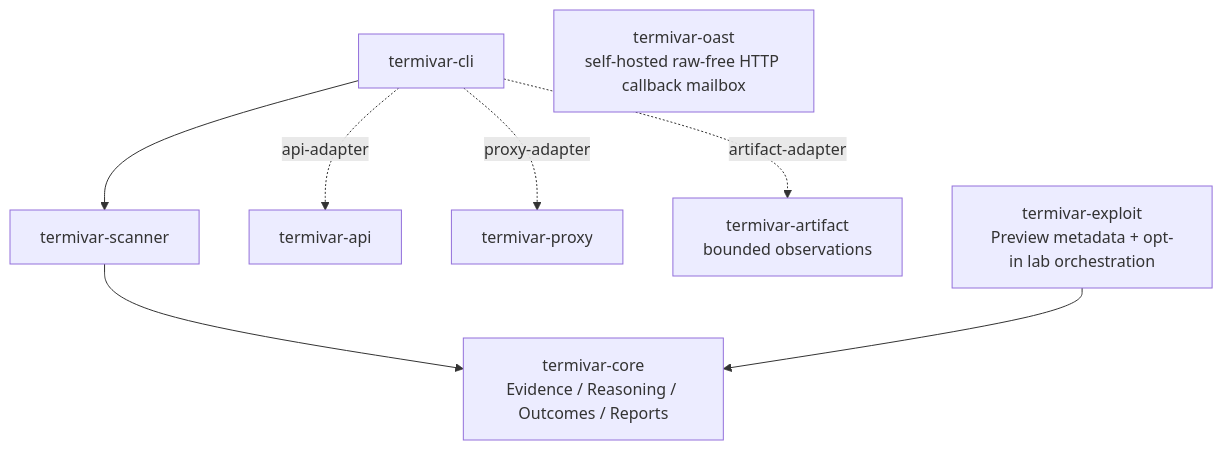
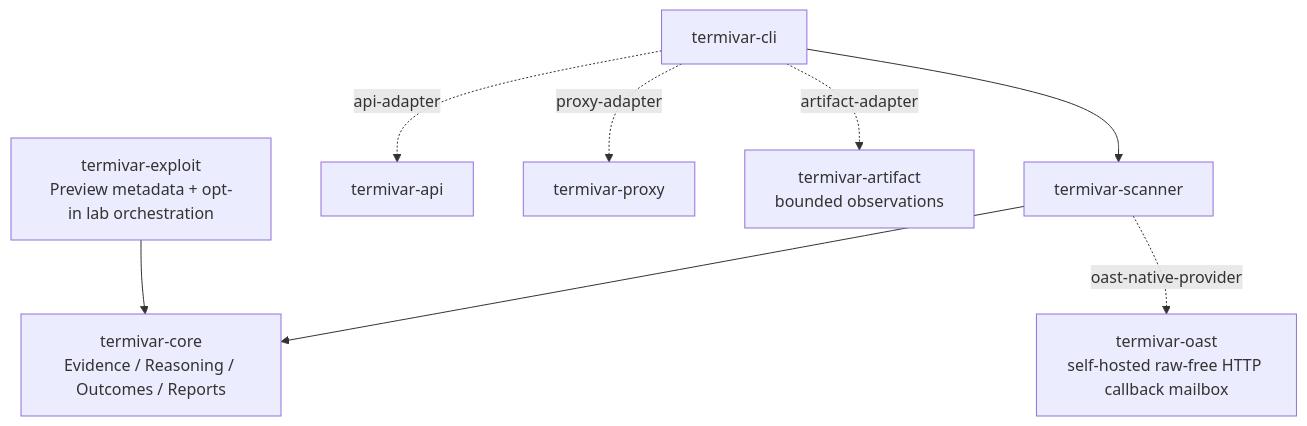
One commit to ITherso/termivar changed the first of 4 diagrams in docs/architecture.md. Above: the diagram before and after it, drawn with Mermaid. The commit also changed other lines of this file and 34 other files, not shown here.

Commit message:
feat(scanner): add native OAST provider adapter

````diff
--- a/docs/architecture.md
+++ b/docs/architecture.md
@@ -62,10 +62,11 @@
 ```mermaid
 flowchart TD
     CLI[termivar-cli] --> Scanner[termivar-scanner]
     CLI -. "api-adapter" .-> API[termivar-api]
     CLI -. "proxy-adapter" .-> Proxy[termivar-proxy]
     CLI -. "artifact-adapter" .-> Artifact["termivar-artifact<br/>bounded observations"]
     Scanner --> Core["termivar-core<br/>Evidence / Reasoning / Outcomes / Reports"]
+    Scanner -. "oast-native-provider" .-> OAST
     Exploit["termivar-exploit<br/>Preview metadata + opt-in lab orchestration"] --> Core
     OAST["termivar-oast<br/>self-hosted raw-free HTTP callback mailbox"]
 ```
````
